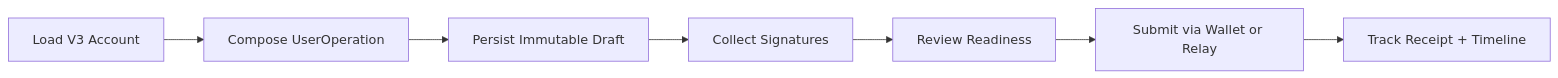
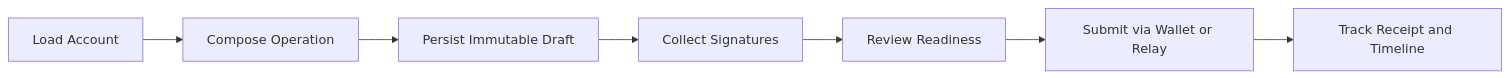
One commit to r3e-network/neo-os-aa changed the first of 4 diagrams in frontend/src/assets/docs/workflow.md. Above: the diagram before and after it, drawn with Mermaid. The commit also changed other lines of this file and 425 other files, not shown here.

````diff
--- a/frontend/src/assets/docs/workflow.md
+++ b/frontend/src/assets/docs/workflow.md
@@ -32,9 +40,9 @@
 ```mermaid
 flowchart LR
-  Load[Load V3 Account] --> Compose[Compose UserOperation]
+  Load[Load Account] --> Compose[Compose Operation]
   Compose --> Persist[Persist Immutable Draft]
   Persist --> Sign[Collect Signatures]
   Sign --> Review[Review Readiness]
   Review --> Submit[Submit via Wallet or Relay]
-  Submit --> Receipt[Track Receipt + Timeline]
+  Submit --> Receipt[Track Receipt and Timeline]
 ```
````
